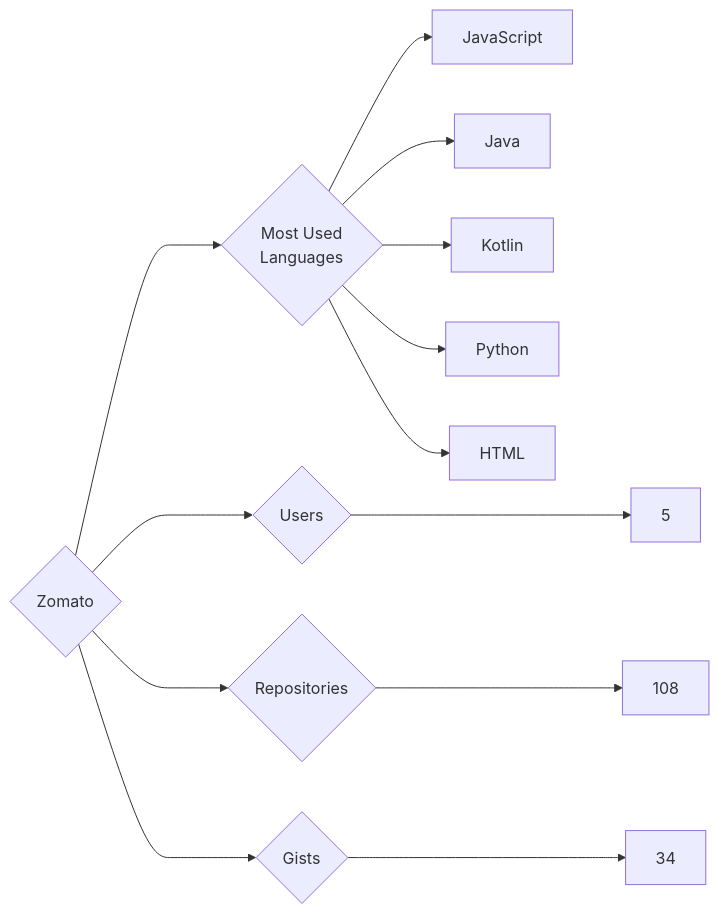
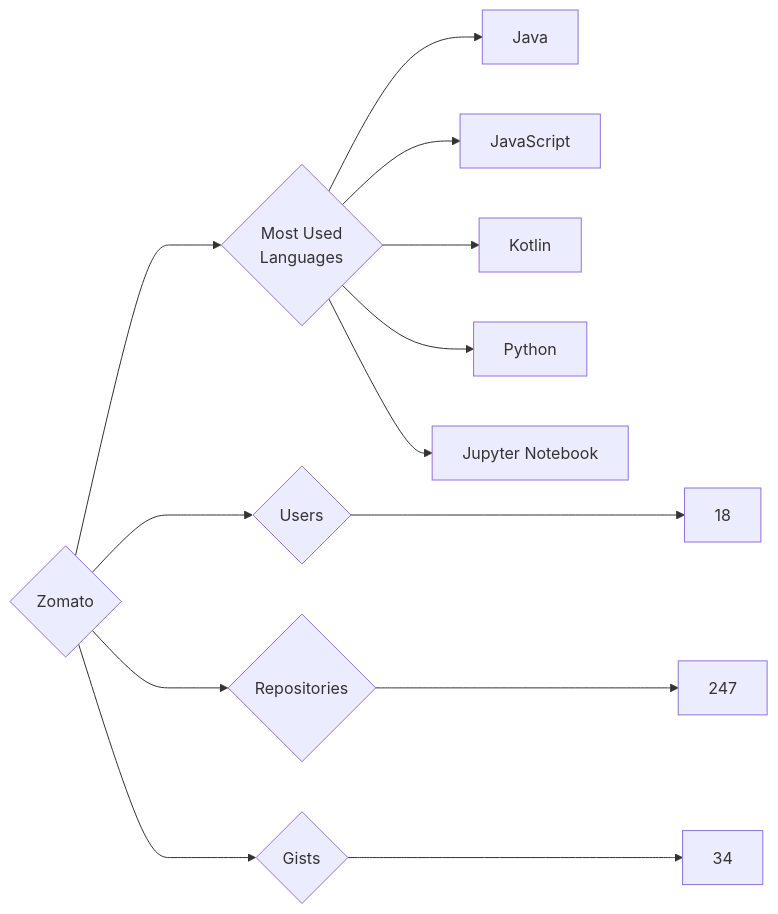
One commit to trickest/insiders changed the diagram in targets/Zomato/README.md. Above: the diagram before and after it, drawn with Mermaid. The commit also changed 725 other files, not shown here.

````diff
--- a/targets/Zomato/README.md
+++ b/targets/Zomato/README.md
@@ -3,13 +3,13 @@
 ```mermaid
 graph LR
 COMPANY_NAME{Zomato}
-COMPANY_NAME ---> U{Users} ---> UN[5]
-COMPANY_NAME ---> R{Repositories} ---> RN[108]
+COMPANY_NAME ---> U{Users} ---> UN[18]
+COMPANY_NAME ---> R{Repositories} ---> RN[247]
 COMPANY_NAME ---> G{Gists} ---> GN[34]
 COMPANY_NAME ---> ML{Most Used<br>Languages}
+ML --> Java[Java]
 ML --> JavaScript[JavaScript]
-ML --> Java[Java]
 ML --> Kotlin[Kotlin]
 ML --> Python[Python]
-ML --> HTML[HTML]
+ML --> Jupyter_Notebook[Jupyter Notebook]
 ```
````
